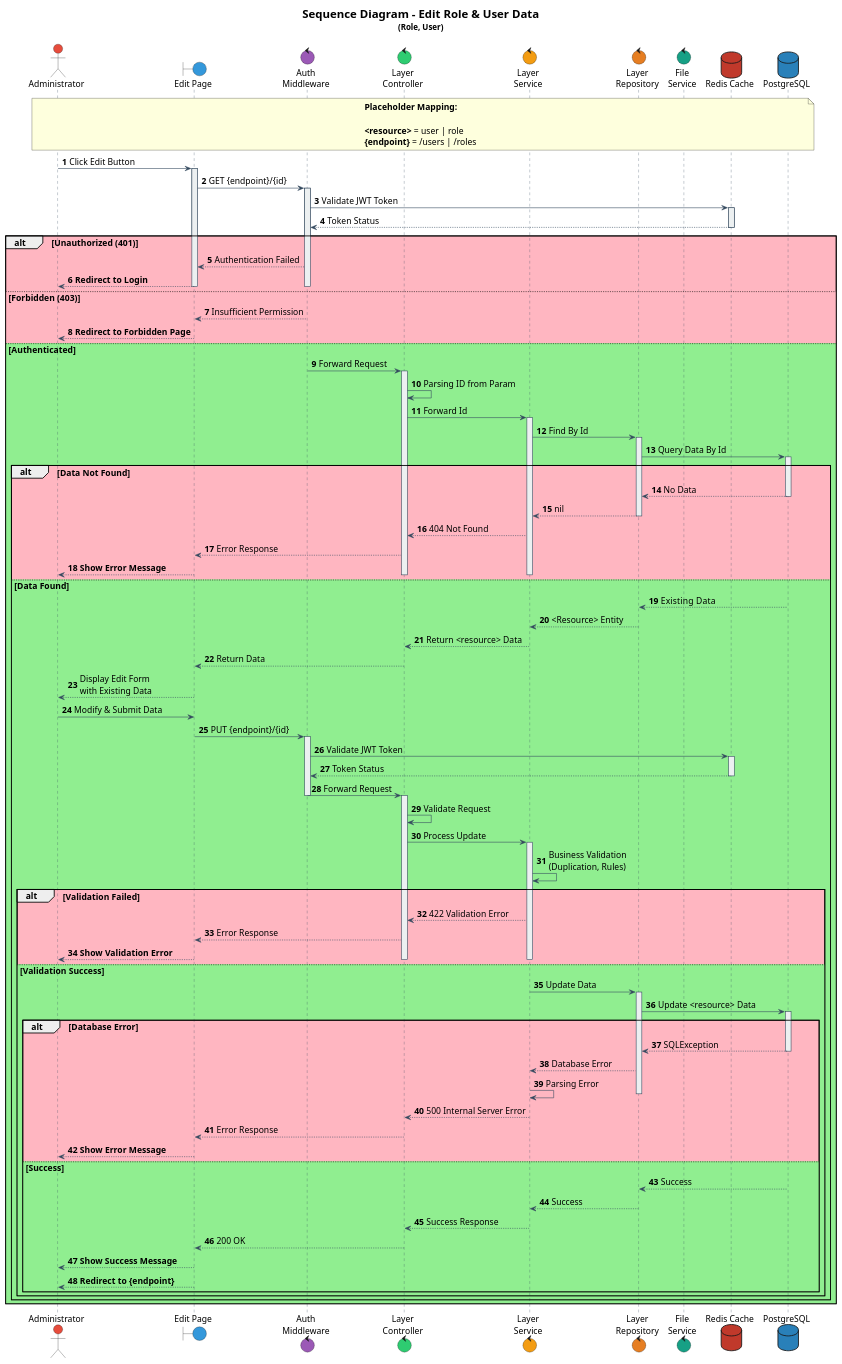
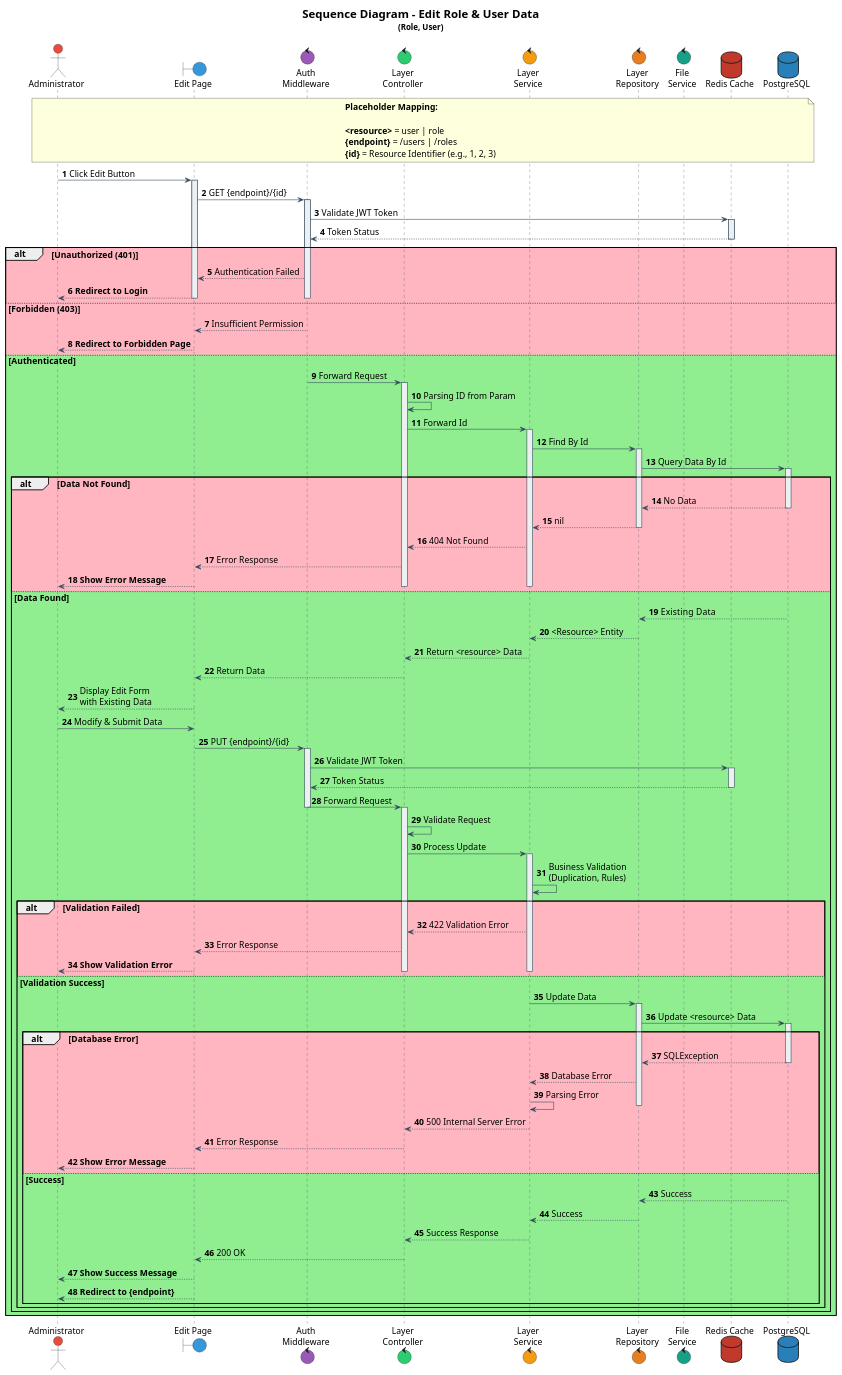
The diagram in documentation/sequence/management-user/role-user/edit.puml (IntConnect/go-intconnect-api), drawn with PlantUML before and after one commit. The commit also changed 26 other files, not shown here.

Commit message:
feat(various): Update - Delete SMTP Server feature - Add approval sequence - Add parameter in check sheet check point response - Change from checkpoint into check point entity

```diff
--- a/documentation/sequence/management-user/role-user/edit.puml
+++ b/documentation/sequence/management-user/role-user/edit.puml
@@ -1,195 +1,196 @@
 @startuml
 
 ' Font configuration
 skinparam defaultFontName Times New Roman
 skinparam defaultFontSize 15
 
 ' Participant styling
 skinparam participant {
     BackgroundColor #ECF0F1
     BorderColor #34495E
     FontColor Black
     FontName Times New Roman
     FontSize 15
 }
 
 skinparam sequence {
     ArrowColor #34495E
     LifeLineBorderColor #34495E
     LifeLineBackgroundColor #ECF0F1
     ArrowFontName Times New Roman
     ArrowFontSize 15
 }
 
 skinparam actorFontSize 15
 skinparam noteFontSize 15
 skinparam noteFontName "Times New Roman"
 
 ' Actors and components
 actor "Administrator" as admin #E74C3C
 boundary "Edit Page" as boundEdit #3498DB
 control "Auth\nMiddleware" as authMiddleware #9B59B6
 control "Layer\nController" as controller #2ECC71
 control "Layer\nService" as service #F39C12
 control "Layer\nRepository" as repository #E67E22
 control "File\nService" as fileService #16A085
 database "Redis Cache" as dbRedis #C0392B
 database "PostgreSQL" as dbPsql #2980B9
 
 title
 <size:20><b>Sequence Diagram - Edit Role & User Data</b></size>
 <size:14>(Role, User)</size>
 ----
 end title
 
 autonumber
 
 note over admin, dbPsql
     **Placeholder Mapping:**
 
     <b><resource></b> = user | role
     <b>{endpoint}</b> = /users | /roles
+    <b>{id}</b> = Resource Identifier (e.g., 1, 2, 3)
 end note
 ' === FETCH EXISTING DATA ===
 admin -> boundEdit: Click Edit Button
 activate boundEdit
 
 boundEdit -> authMiddleware: GET {endpoint}/{id}
 activate authMiddleware
 
 authMiddleware -> dbRedis: Validate JWT Token
 activate dbRedis
 dbRedis --> authMiddleware: Token Status
 deactivate dbRedis
 
 alt #LightPink Unauthorized (401)
     authMiddleware --> boundEdit: Authentication Failed
     boundEdit --> admin: **Redirect to Login**
     deactivate authMiddleware
     deactivate boundEdit
 
 else #LightPink Forbidden (403)
     authMiddleware --> boundEdit: Insufficient Permission
     boundEdit --> admin: **Redirect to Forbidden Page**
     deactivate authMiddleware
     deactivate boundEdit
 
 else #LightGreen Authenticated
 
     authMiddleware -> controller: Forward Request
     deactivate authMiddleware
     activate controller
 
     controller -> controller: Parsing ID from Param
     controller -> service: Forward Id
     activate service
 
     service -> repository: Find By Id
     activate repository
 
     repository -> dbPsql: Query Data By Id
     activate dbPsql
 
     alt #LightPink Data Not Found
         dbPsql --> repository: No Data
         deactivate dbPsql
         repository --> service: nil
         deactivate repository
         service --> controller: 404 Not Found
         controller --> boundEdit: Error Response
         boundEdit --> admin: **Show Error Message**
         deactivate service
         deactivate controller
         deactivate boundEdit
 
     else #LightGreen Data Found
         dbPsql --> repository: Existing  Data
         deactivate dbPsql
 
         repository --> service: <Resource> Entity
         deactivate repository
 
         service --> controller: Return <resource> Data
         deactivate service
 
         controller --> boundEdit: Return Data
         deactivate controller
 
         boundEdit --> admin: Display Edit Form\nwith Existing Data
 
         ' === UPDATE PROCESS ===
         admin -> boundEdit: Modify & Submit Data
 
         boundEdit -> authMiddleware: PUT {endpoint}/{id}
         activate authMiddleware
 
         authMiddleware -> dbRedis: Validate JWT Token
         activate dbRedis
         dbRedis --> authMiddleware: Token Status
         deactivate dbRedis
 
         authMiddleware -> controller: Forward Request
         deactivate authMiddleware
         activate controller
 
         controller -> controller: Validate Request
 
         controller -> service: Process Update
         activate service
 
         service -> service: Business Validation\n(Duplication, Rules)
 
         alt #LightPink Validation Failed
             service --> controller: 422 Validation Error
             controller --> boundEdit: Error Response
             boundEdit --> admin: **Show Validation Error**
             deactivate service
             deactivate controller
 
         else #LightGreen Validation Success
 
 
 
             ' === UPDATE DATABASE ===
             service -> repository: Update Data
             activate repository
 
             repository -> dbPsql: Update <resource> Data
             activate dbPsql
 
             alt #LightPink Database Error
                 dbPsql --> repository: SQLException
                 deactivate dbPsql
 
                 repository --> service: Database Error
                 service -> service: Parsing Error
                 deactivate repository
 
                 service --> controller: 500 Internal Server Error
                 controller --> boundEdit: Error Response
                 boundEdit --> admin: **Show Error Message**
                 deactivate service
                 deactivate controller
 
             else #LightGreen Success
                 dbPsql --> repository: Success
                 deactivate dbPsql
 
                 repository --> service: Success
                 deactivate repository
 
                 service --> controller: Success Response
                 deactivate service
 
                 controller --> boundEdit: 200 OK
                 deactivate controller
 
                 boundEdit --> admin: **Show Success Message**
                 boundEdit --> admin: **Redirect to {endpoint}**
                 deactivate boundEdit
             end
         end
     end
 end
 
 @enduml
```
